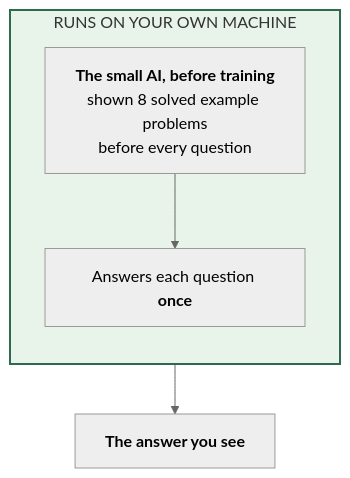
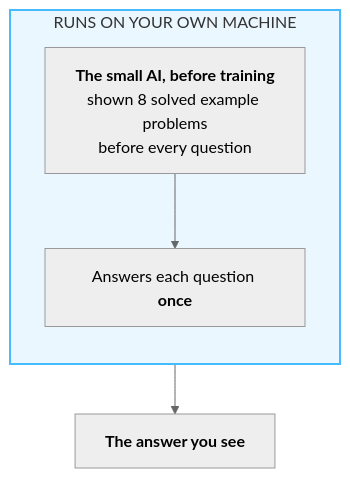
Before and after one commit to SaminYeaserKhan/gemma4-finetune: the first of 2 diagrams in docs/experiments/01_base-model-only/README.md, drawn with Mermaid (neutral theme). The commit also changed other lines of this file and 143 other files, not shown here.

````diff
--- a/docs/experiments/01_base-model-only/README.md
+++ b/docs/experiments/01_base-model-only/README.md
@@ -44,11 +44,11 @@
 ```mermaid
 flowchart TB
     subgraph DEV["RUNS ON YOUR OWN MACHINE"]
         direction TB
         SOLVER["<b>The small AI, before training</b><br/>shown 8 solved example problems<br/>before every question"]
         ONE["Answers each question <b>once</b>"]
         SOLVER --> ONE
     end
     ONE --> OUT["<b>The answer you see</b>"]
-    style DEV fill:#e8f4ea,stroke:#2d6a4f,stroke-width:2px
+    style DEV fill:#eaf7ff,stroke:#46bbfe,stroke-width:2px
 ```
````
